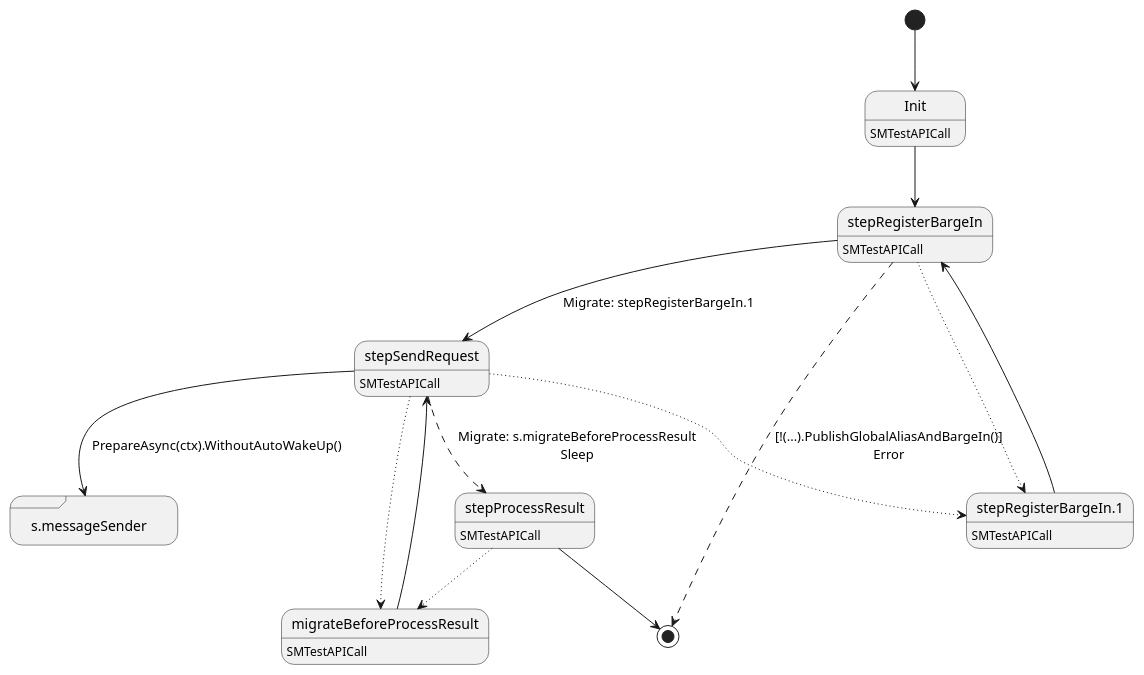
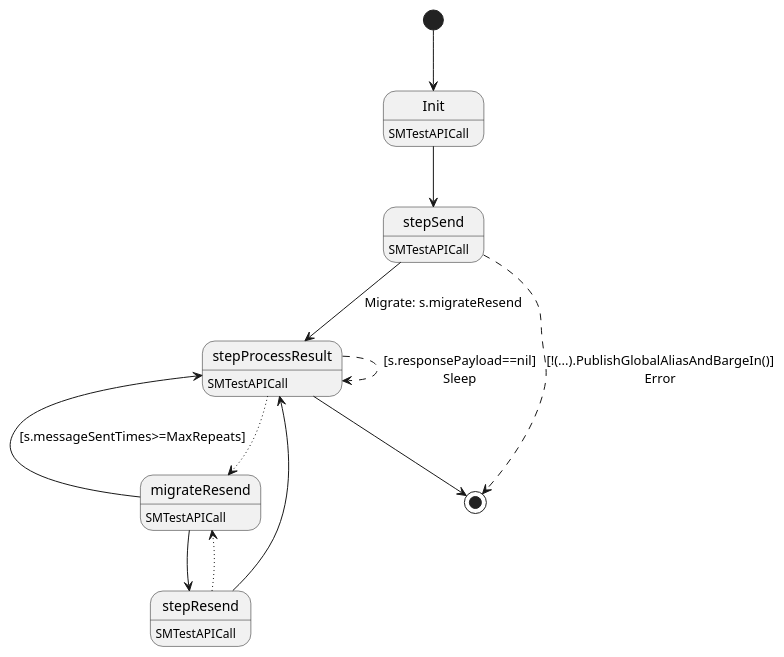
The diagram in ledger-core/application/testwalletapi/statemachine/statemachine.plantuml (insolar/assured-ledger), drawn with PlantUML before and after one commit. The commit also changed 3 other files, not shown here.

First line of the commit message:
PLAT-553: retries limit in SMTestAPICall and fixes

```diff
--- a/ledger-core/application/testwalletapi/statemachine/statemachine.plantuml
+++ b/ledger-core/application/testwalletapi/statemachine/statemachine.plantuml
@@ -1,28 +1,23 @@
 @startuml
 state "Init" as T00_S001
 T00_S001 : SMTestAPICall
 [*] --> T00_S001
 T00_S001 --> T00_S002
-state "migrateBeforeProcessResult" as T00_S006
-T00_S006 : SMTestAPICall
-T00_S006 --> T00_S004
-state "s.messageSender" as T00_S005 <<sdlreceive>>
-state "stepProcessResult" as T00_S007
-T00_S007 : SMTestAPICall
-T00_S007 --[dotted]> T00_S006
-T00_S007 --> [*]
-state "stepRegisterBargeIn" as T00_S002
+state "migrateResend" as T00_S004
+T00_S004 : SMTestAPICall
+T00_S004 --> T00_S005 : [s.messageSentTimes>=MaxRepeats]
+T00_S004 --> T00_S003
+state "stepProcessResult" as T00_S005
+T00_S005 : SMTestAPICall
+T00_S005 --[dotted]> T00_S004
+T00_S005 --[dashed]> T00_S005 : [s.responsePayload==nil]\nSleep
+T00_S005 --> [*]
+state "stepResend" as T00_S003
+T00_S003 : SMTestAPICall
+T00_S003 --[dotted]> T00_S004
+T00_S003 --> T00_S005
+state "stepSend" as T00_S002
 T00_S002 : SMTestAPICall
-T00_S002 --[dotted]> T00_S003
 T00_S002 --[dashed]> [*] : [!(...).PublishGlobalAliasAndBargeIn()]\nError
-T00_S002 --> T00_S004 : Migrate: stepRegisterBargeIn.1
-state "stepRegisterBargeIn.1" as T00_S003
-T00_S003 : SMTestAPICall
-T00_S003 --> T00_S002
-state "stepSendRequest" as T00_S004
-T00_S004 : SMTestAPICall
-T00_S004 --[dotted]> T00_S006
-T00_S004 --[dotted]> T00_S003
-T00_S004 --> T00_S005 : PrepareAsync(ctx).WithoutAutoWakeUp()
-T00_S004 --[dashed]> T00_S007 : Migrate: s.migrateBeforeProcessResult\nSleep
+T00_S002 --> T00_S005 : Migrate: s.migrateResend
 @enduml
```
